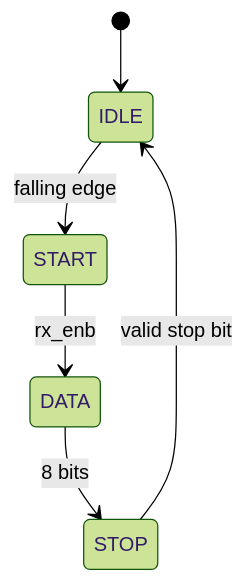
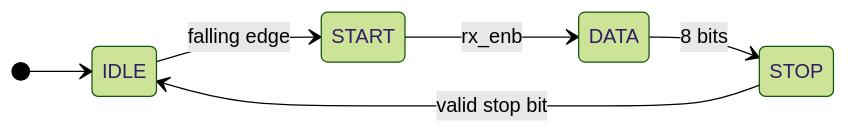
One commit to blonghi/tt_um_uart changed the diagram in docs/info.md. Above: the diagram before and after it, drawn with Mermaid (forest theme).

Commit message:
mermaid chart test

````diff
--- a/docs/info.md
+++ b/docs/info.md
@@ -20,8 +20,9 @@
 ```mermaid
 stateDiagram-v2
+direction LR
     [*] --> IDLE
     IDLE --> START: falling edge
     START --> DATA: rx_enb
     DATA --> STOP: 8 bits
     STOP --> IDLE: valid stop bit
 ```
````
